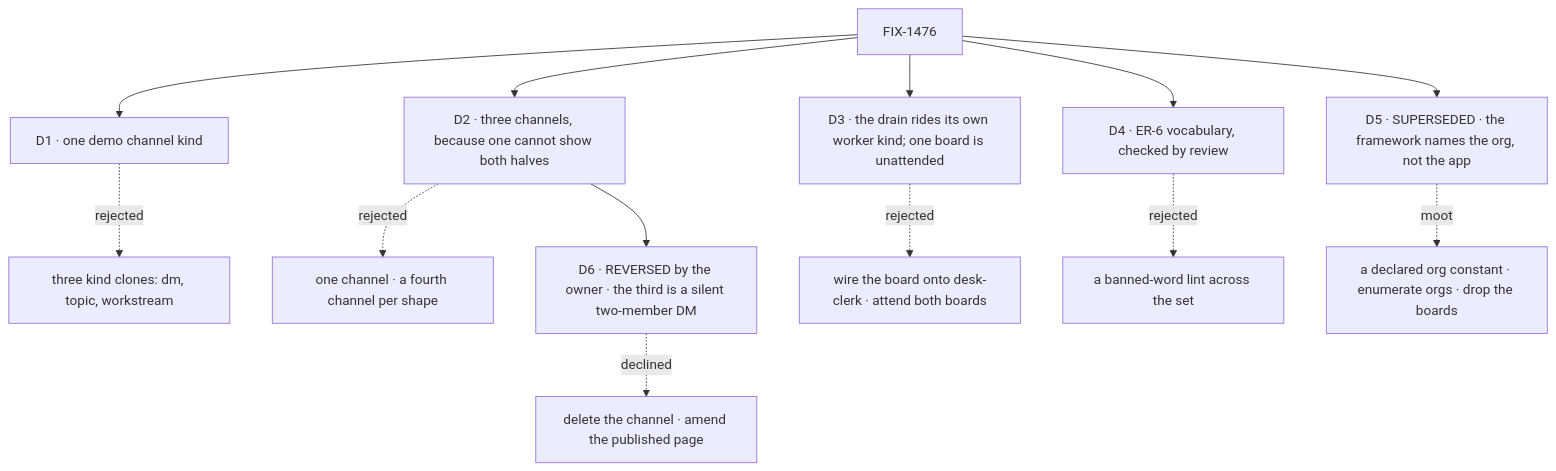
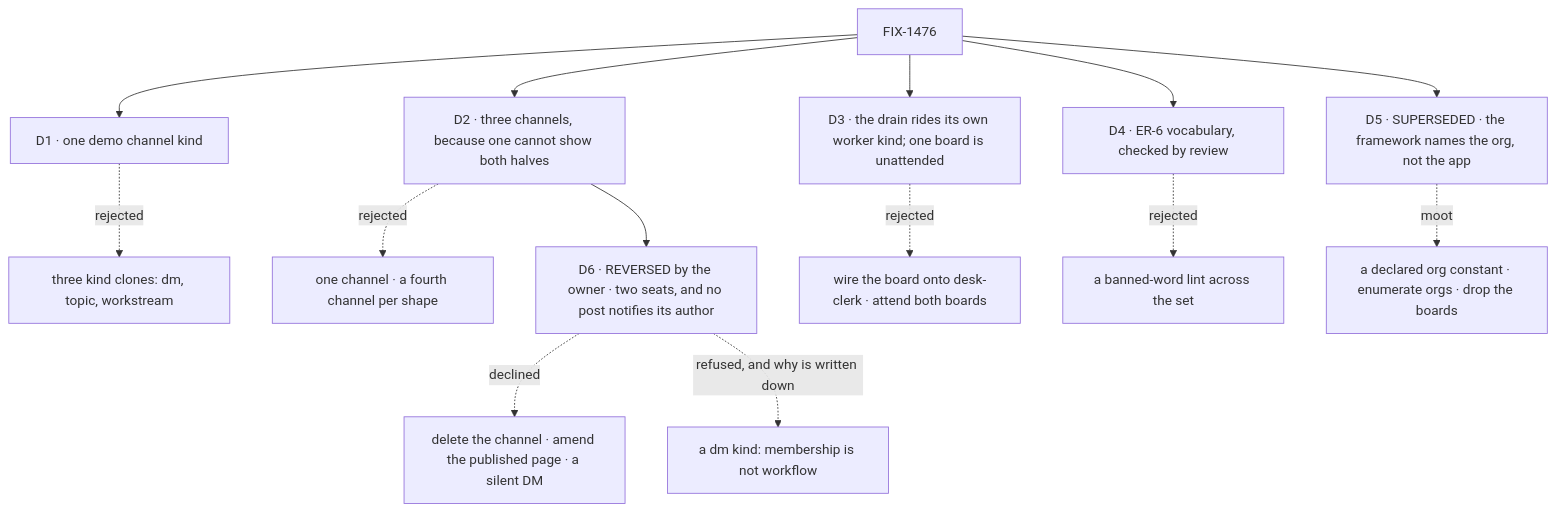
One commit to fixpoint-labs/flow-state-dev changed the diagram in specs/issues/FIX-1476/DECISIONS.md. Above: the diagram before and after it, drawn with Mermaid. The commit also changed other lines of this file and 5 other files, not shown here.

First line of the commit message:
spec(FIX-1476): the DM notifies the other member, not nobody — and the skip is blocked

````diff
--- a/specs/issues/FIX-1476/DECISIONS.md
+++ b/specs/issues/FIX-1476/DECISIONS.md
@@ -10,15 +10,16 @@
 ```mermaid
 flowchart TD
   I["FIX-1476"] --> D1["D1 · one demo channel kind"]
   D1 -.->|"rejected"| X1["three kind clones: dm, topic, workstream"]
   I --> D2["D2 · three channels, because one cannot show both halves"]
   D2 -.->|"rejected"| X2["one channel · a fourth channel per shape"]
-  D2 --> D6["D6 · REVERSED by the owner · the third is a silent two-member DM"]
-  D6 -.->|"declined"| X6["delete the channel · amend the published page"]
+  D2 --> D6["D6 · REVERSED by the owner · two seats, and no post notifies its author"]
+  D6 -.->|"declined"| X6["delete the channel · amend the published page · a silent DM"]
+  D6 -.->|"refused, and why is written down"| X7["a dm kind: membership is not workflow"]
   I --> D3["D3 · the drain rides its own worker kind; one board is unattended"]
   D3 -.->|"rejected"| X3["wire the board onto desk-clerk · attend both boards"]
   I --> D4["D4 · ER-6 vocabulary, checked by review"]
   D4 -.->|"rejected"| X4["a banned-word lint across the set"]
   I --> D5["D5 · SUPERSEDED · the framework names the org, not the app"]
   D5 -.->|"moot"| X5["a declared org constant · enumerate orgs · drop the boards"]
 ```
````
